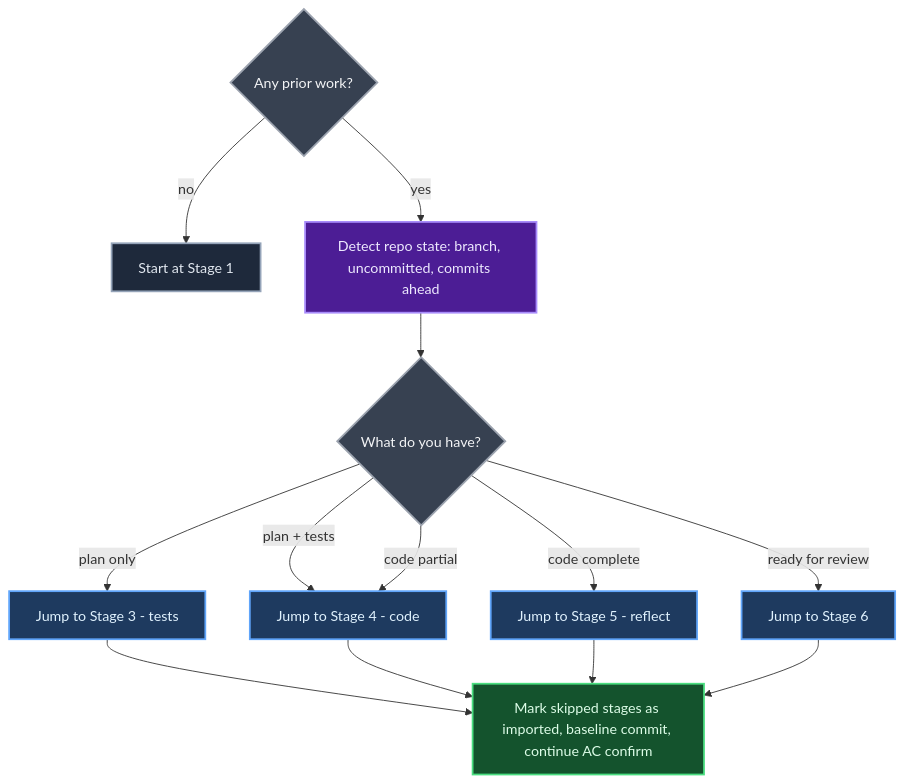
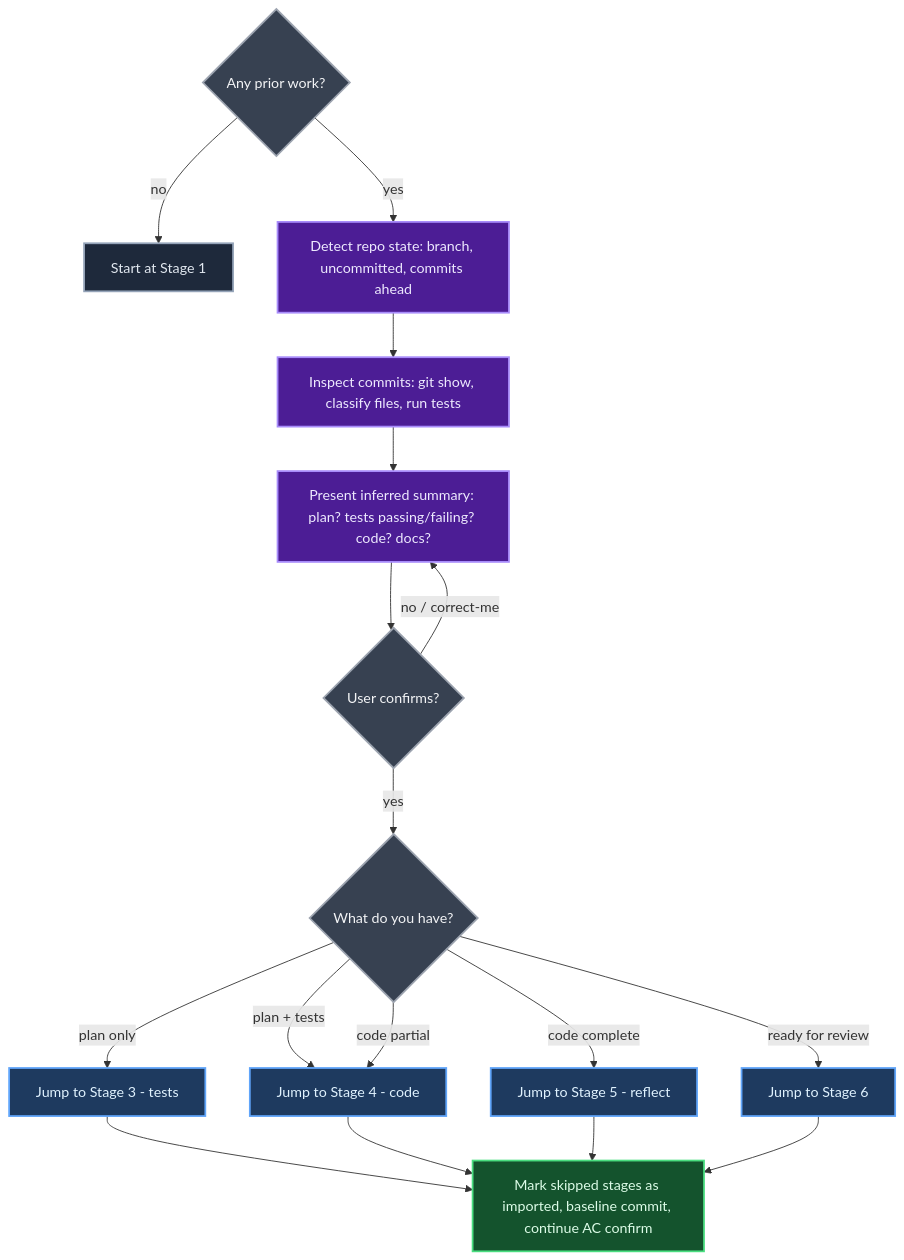
Before and after one commit to icarloscornejo/doer: the third of 3 diagrams in README.md, drawn with Mermaid. The commit also changed other lines of this file, not shown here.

Commit message:
docs(readme): reflect commit-inspection step in pre-existing work diagram
Added Inspect + Summary + Confirm nodes to show the orchestrator
reads commits, classifies files, runs tests, and presents an
inferred summary for user confirmation before picking entry stage.

````diff
--- a/README.md
+++ b/README.md
@@ -74,22 +74,26 @@
 ```mermaid
 flowchart TD
     Q{Any prior work?}:::decision -- "no" --> S1[Start at Stage 1]:::normal
     Q -- "yes" --> Detect[Detect repo state: branch, uncommitted, commits ahead]:::detect
-    Detect --> Decide{What do you have?}:::decision
+    Detect --> Inspect[Inspect commits: git show, classify files, run tests]:::detect
+    Inspect --> Summary[Present inferred summary: plan? tests passing/failing? code? docs?]:::detect
+    Summary --> Confirm{User confirms?}:::decision
+    Confirm -- "no / correct-me" --> Summary
+    Confirm -- "yes" --> Decide{What do you have?}:::decision
     Decide -- "plan only" --> J3[Jump to Stage 3 - tests]:::jump
     Decide -- "plan + tests" --> J4[Jump to Stage 4 - code]:::jump
     Decide -- "code partial" --> J4
     Decide -- "code complete" --> J5[Jump to Stage 5 - reflect]:::jump
     Decide -- "ready for review" --> J6[Jump to Stage 6]:::jump
 
     J3 --> Import[Mark skipped stages as imported, baseline commit, continue AC confirm]:::import
     J4 --> Import
     J5 --> Import
     J6 --> Import
 
     classDef decision fill:#374151,stroke:#9ca3af,stroke-width:2px,color:#f3f4f6
     classDef normal fill:#1e293b,stroke:#94a3b8,stroke-width:2px,color:#e2e8f0
     classDef detect fill:#4c1d95,stroke:#a78bfa,stroke-width:2px,color:#ede9fe
     classDef jump fill:#1e3a5f,stroke:#60a5fa,stroke-width:2px,color:#e0f2fe
     classDef import fill:#14532d,stroke:#4ade80,stroke-width:2px,color:#dcfce7
 ```
````
